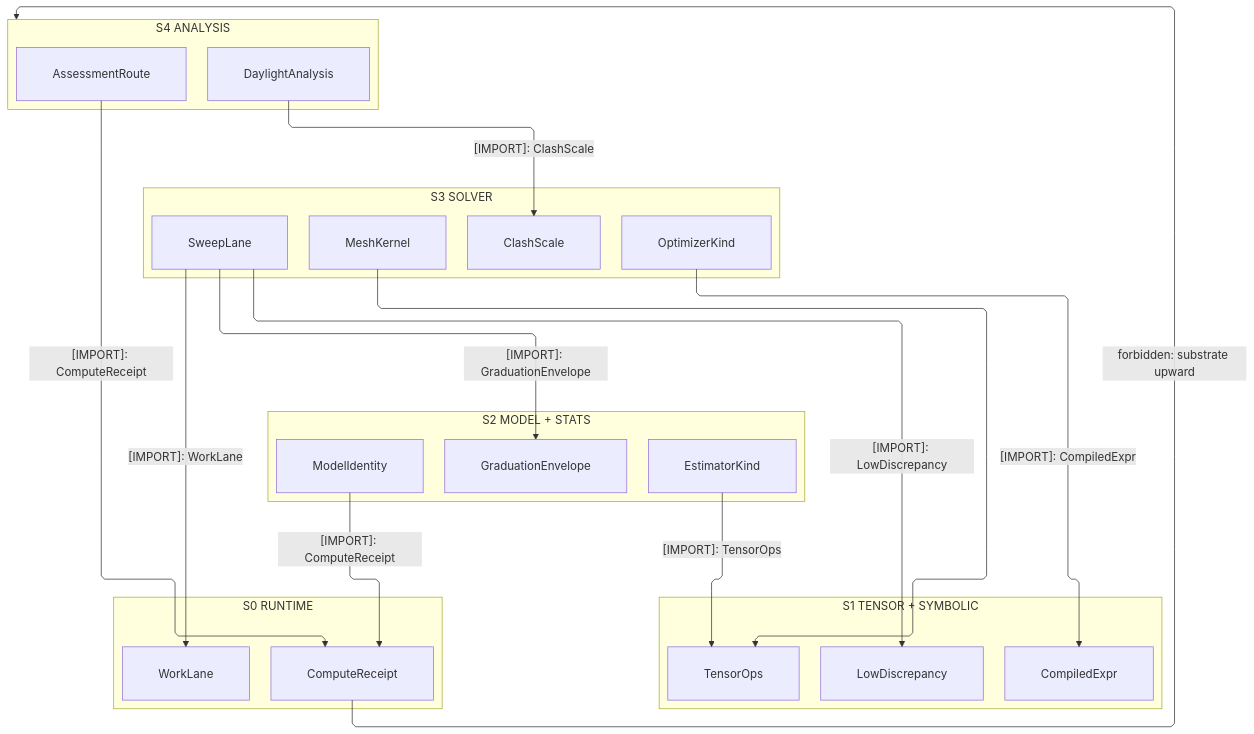
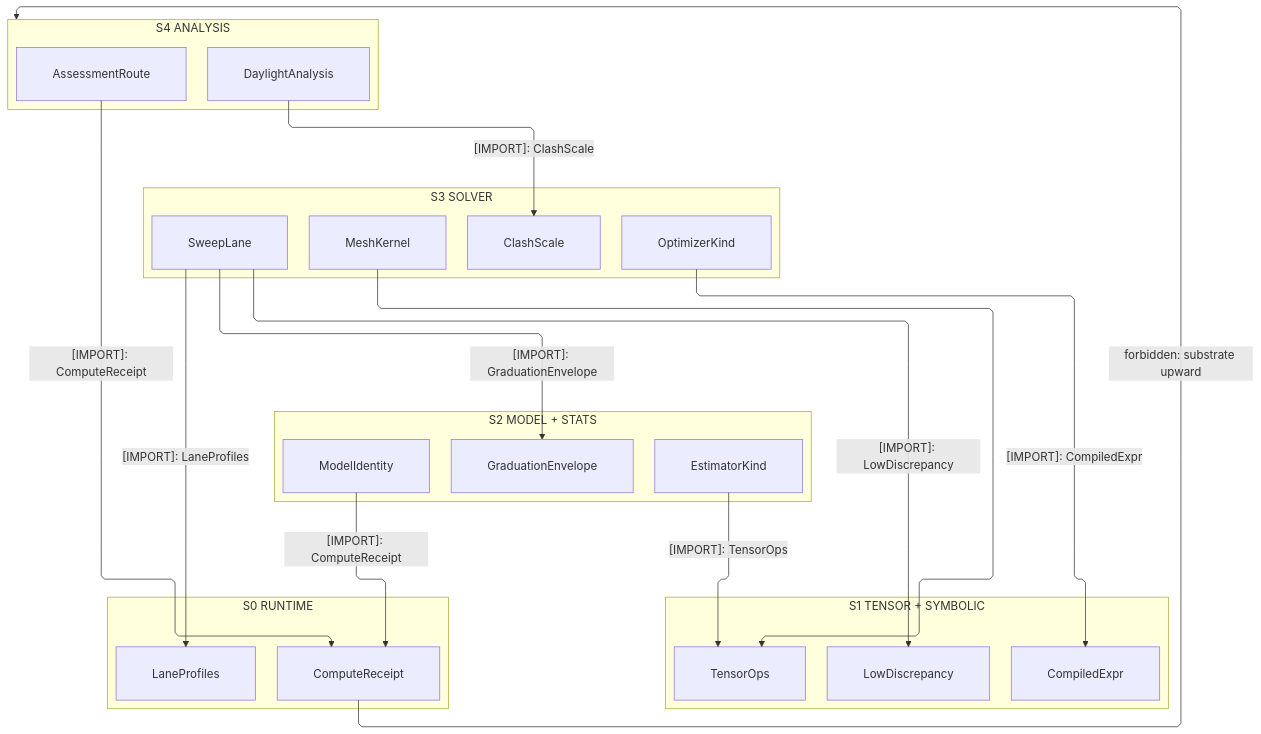
The first of 4 diagrams in libs/csharp/Rasm.Compute/ARCHITECTURE.md (bsamiee/Rasm), drawn with Mermaid before and after one commit. The commit also changed other lines of this file and 138 other files, not shown here.

````diff
--- a/libs/csharp/Rasm.Compute/ARCHITECTURE.md
+++ b/libs/csharp/Rasm.Compute/ARCHITECTURE.md
@@ -83,46 +84,46 @@
 ```mermaid
 ---
 config:
   layout: elk
   flowchart:
     curve: linear
     padding: 25
 ---
 flowchart TB
     accTitle: Rasm.Compute interior strata
     accDescr: Five stacked strata from the analysis rail through the solve spine, the model and stats stratum, and the tensor-symbolic peers onto the runtime substrate, every consumption edge downward and solid naming one sourced type, and one labeled forbidden upward edge.
     subgraph S4["S4 ANALYSIS"]
         Assessment[AssessmentRoute]
         Daylight[DaylightAnalysis]
     end
     subgraph S3["S3 SOLVER"]
         Sweep[SweepLane]
         Mesh[MeshKernel]
         Optimizer[OptimizerKind]
         Clash[ClashScale]
     end
     subgraph S2["S2 MODEL + STATS"]
         Envelope[GraduationEnvelope]
         Identity[ModelIdentity]
         Estimator[EstimatorKind]
     end
     subgraph S1["S1 TENSOR + SYMBOLIC"]
         Sampling[LowDiscrepancy]
         Ops[TensorOps]
         Compiled[CompiledExpr]
     end
     subgraph S0["S0 RUNTIME"]
         Receipt[ComputeReceipt]
-        Lane[WorkLane]
+        Lane[LaneProfiles]
     end
     Assessment e1@-->|"[IMPORT]: ComputeReceipt"| Receipt
     Daylight e2@-->|"[IMPORT]: ClashScale"| Clash
     Sweep e3@-->|"[IMPORT]: GraduationEnvelope"| Envelope
     Optimizer e4@-->|"[IMPORT]: CompiledExpr"| Compiled
     Sweep e5@-->|"[IMPORT]: LowDiscrepancy"| Sampling
     Estimator e6@-->|"[IMPORT]: TensorOps"| Ops
     Identity e7@-->|"[IMPORT]: ComputeReceipt"| Receipt
     Mesh e8@--> Ops
-    Sweep e9@-->|"[IMPORT]: WorkLane"| Lane
+    Sweep e9@-->|"[IMPORT]: LaneProfiles"| Lane
     Receipt f1@-->|"forbidden: substrate upward"| S4
 ```
````
